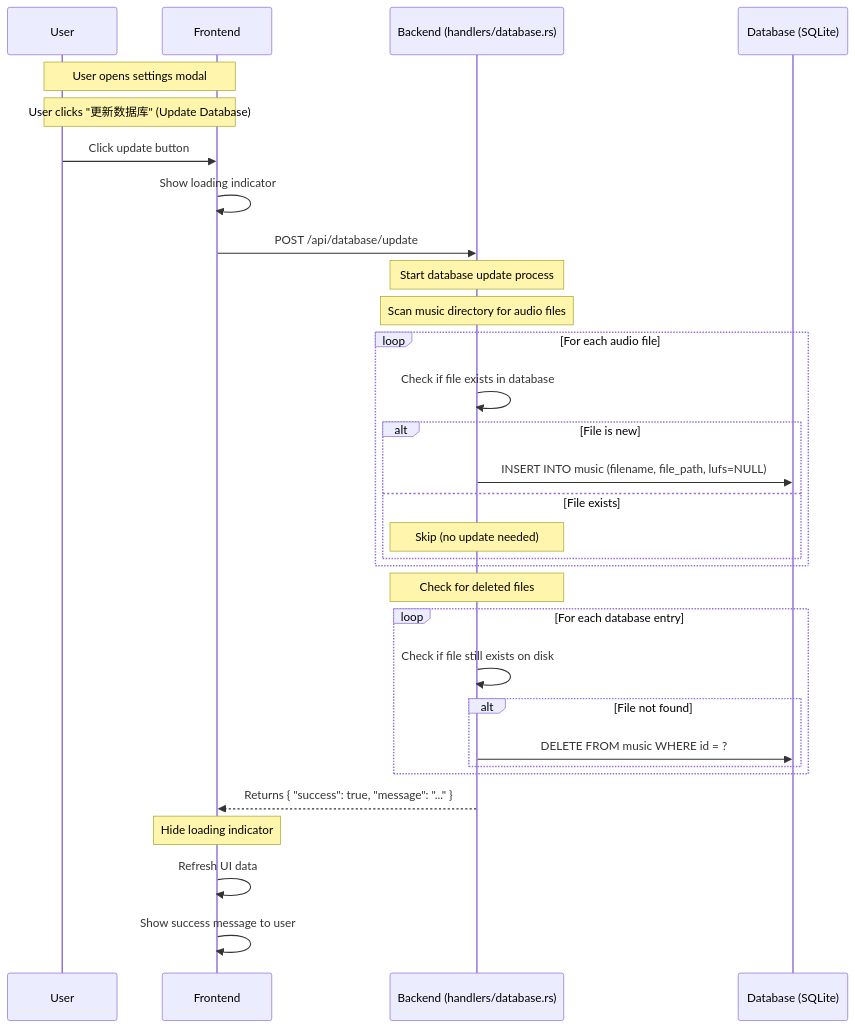
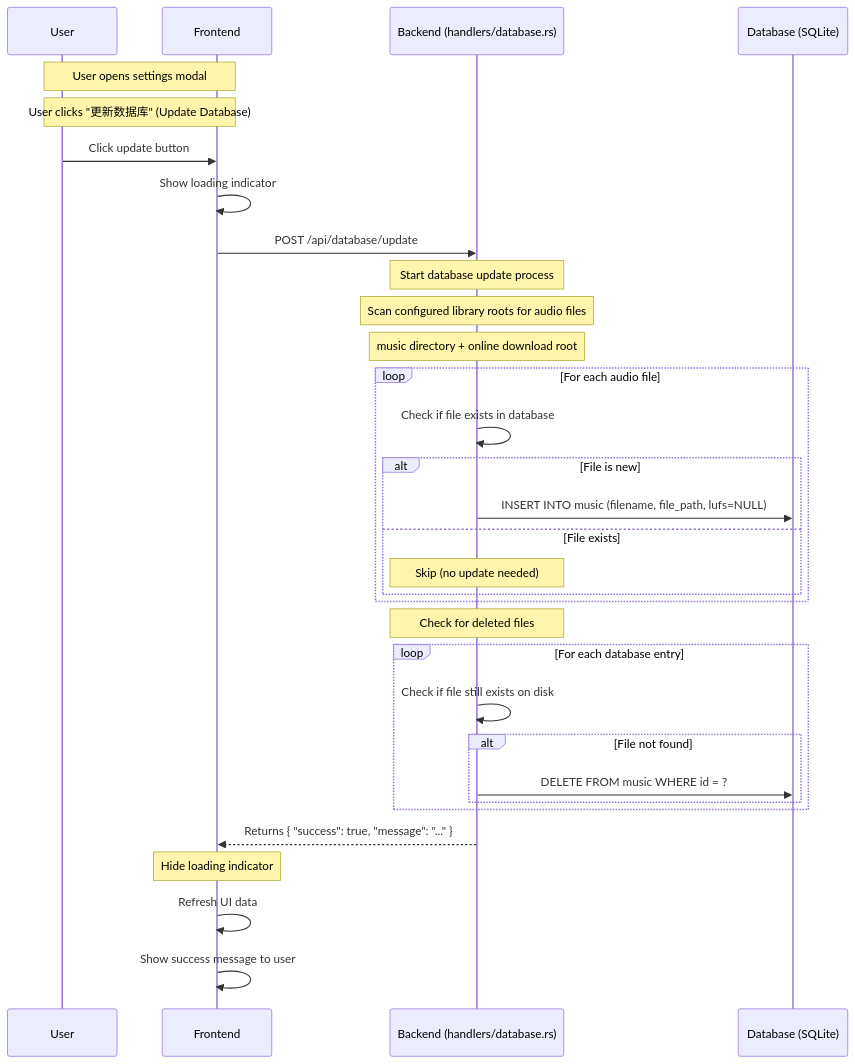
Before and after one commit to Afeather2017/Kaulan: the fourth of 4 diagrams in docs/settings-and-database-management.md, drawn with Mermaid. The commit also changed 13 other files, not shown here.

````diff
--- a/docs/settings-and-database-management.md
+++ b/docs/settings-and-database-management.md
@@ -176,44 +176,45 @@
 ```mermaid
 sequenceDiagram
     participant User as User
     participant FE as Frontend
     participant BE as Backend (handlers/database.rs)
     participant DB as Database (SQLite)
 
     Note over User,FE: User opens settings modal
     Note over User,FE: User clicks "更新数据库" (Update Database)
 
     User->>FE: Click update button
     FE->>FE: Show loading indicator
     FE->>BE: POST /api/database/update
 
     Note over BE: Start database update process
 
-    Note over BE: Scan music directory for audio files
+    Note over BE: Scan configured library roots for audio files
+    Note over BE: music directory + online download root
 
     loop For each audio file
         BE->>BE: Check if file exists in database
 
         alt File is new
             BE->>DB: INSERT INTO music (filename, file_path, lufs=NULL)
         else File exists
             Note over BE: Skip (no update needed)
         end
     end
 
     Note over BE: Check for deleted files
 
     loop For each database entry
         BE->>BE: Check if file still exists on disk
 
         alt File not found
             BE->>DB: DELETE FROM music WHERE id = ?
         end
     end
 
     BE-->>FE: Returns { "success": true, "message": "..." }
 
     Note over FE: Hide loading indicator
     FE->>FE: Refresh UI data
     FE->>FE: Show success message to user
 ```
````
